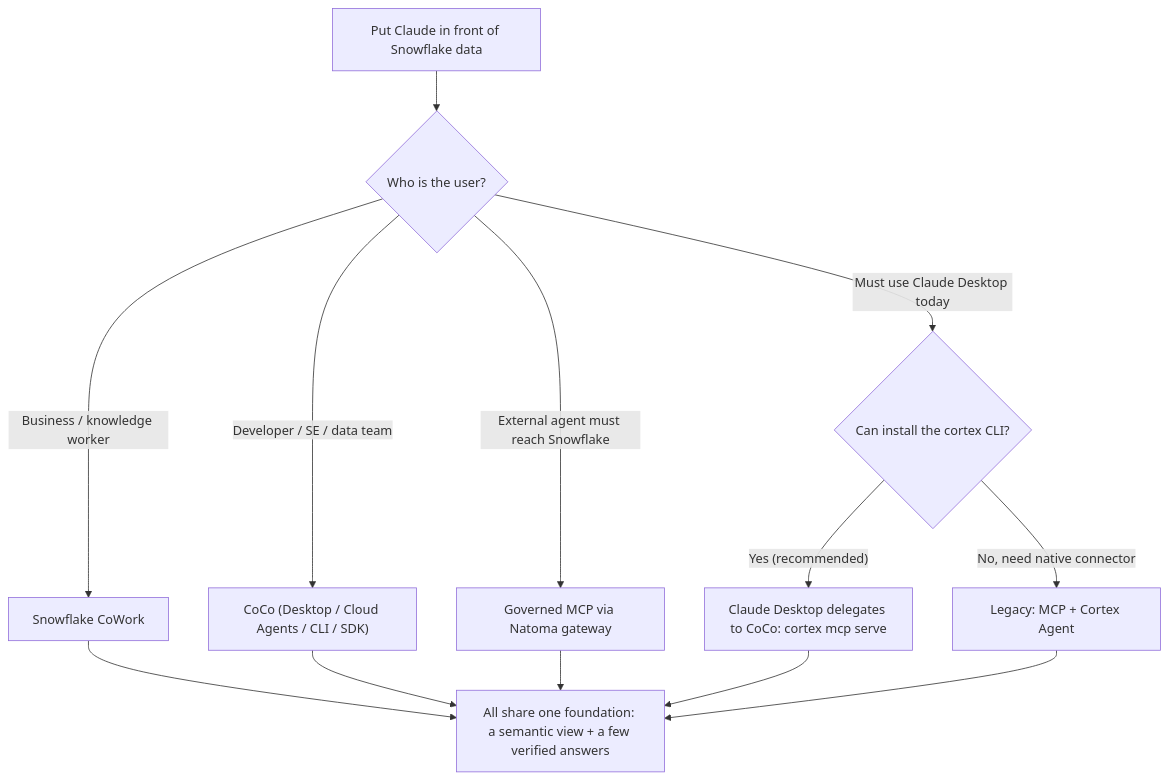
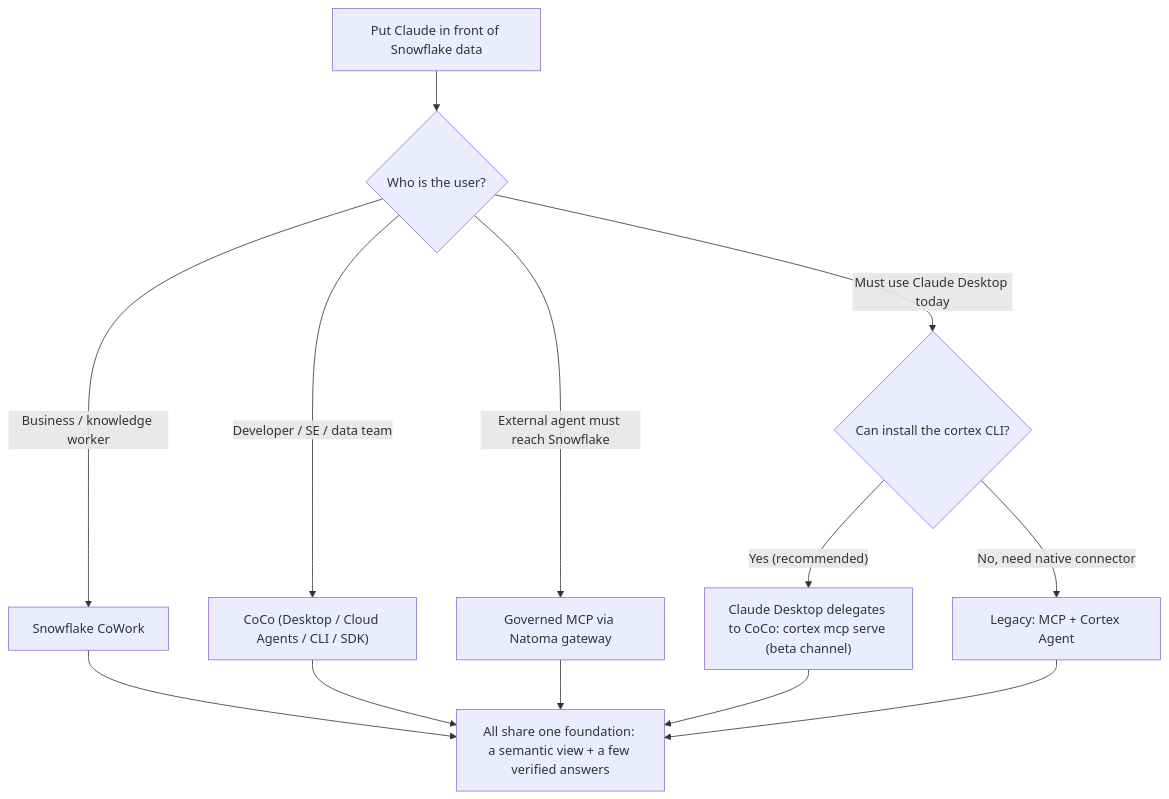
Before and after one commit to sfc-gh-miwhitaker/sfe-public: the diagram in guide-connecting-claude-snowflake/README.md, drawn with Mermaid. The commit also changed 3 other files, not shown here.

Commit message:
docs: clarify cortex mcp serve requires beta channel install

````diff
--- a/guide-connecting-claude-snowflake/README.md
+++ b/guide-connecting-claude-snowflake/README.md
@@ -25,18 +25,18 @@
 ```mermaid
 flowchart TD
     Start["Put Claude in front of Snowflake data"] --> Q1{"Who is the user?"}
 
     Q1 -->|"Business / knowledge worker"| CoWork["Snowflake CoWork"]
     Q1 -->|"Developer / SE / data team"| CoCo["CoCo (Desktop / Cloud Agents / CLI / SDK)"]
     Q1 -->|"External agent must reach Snowflake"| Gov["Governed MCP via Natoma gateway"]
     Q1 -->|"Must use Claude Desktop today"| CD{"Can install the cortex CLI?"}
 
-    CD -->|"Yes (recommended)"| Delegate["Claude Desktop delegates to CoCo: cortex mcp serve"]
+    CD -->|"Yes (recommended)"| Delegate["Claude Desktop delegates to CoCo: cortex mcp serve (beta channel)"]
     CD -->|"No, need native connector"| Legacy["Legacy: MCP + Cortex Agent"]
 
     CoWork --> CtxNote["All share one foundation: a semantic view + a few verified answers"]
     CoCo --> CtxNote
     Gov --> CtxNote
     Delegate --> CtxNote
     Legacy --> CtxNote
 ```
````
